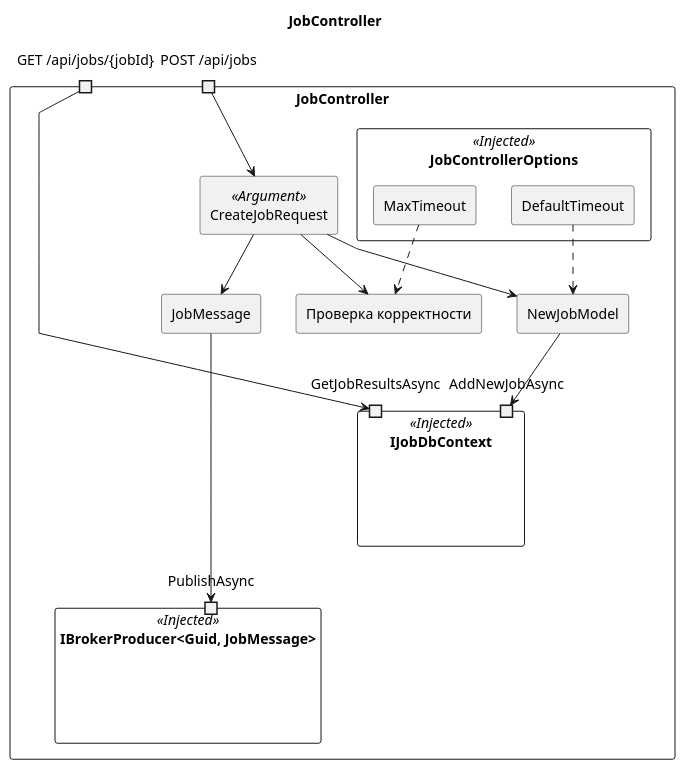
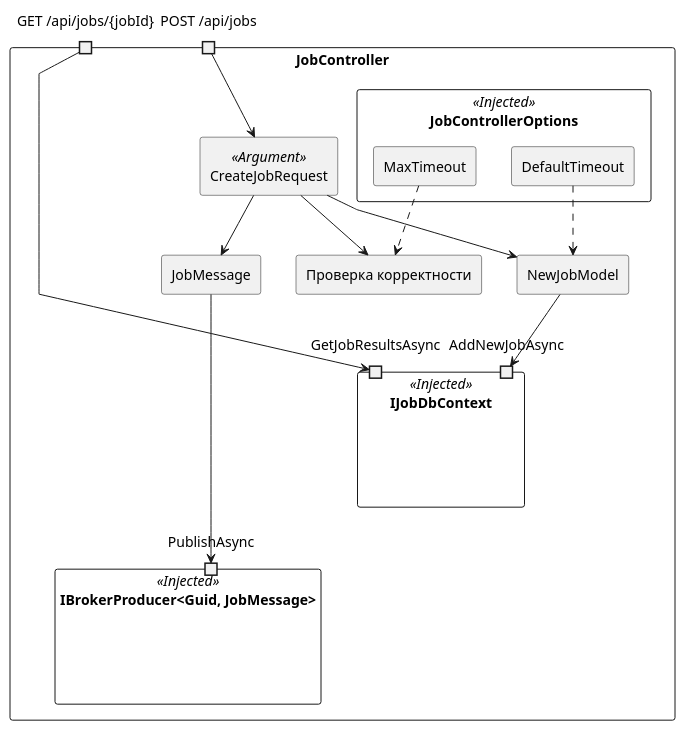
Before and after one commit to mrypdm/JobSystem: the first of 2 diagrams in docs/diagrams/structure/Job.WebApi.puml, drawn with PlantUML. The commit also changed other lines of this file and 8 other files, not shown here.

```diff
--- a/docs/diagrams/structure/Job.WebApi.puml
+++ b/docs/diagrams/structure/Job.WebApi.puml
@@ -1,42 +1,40 @@
 @startuml JobController
 skinparam componentStyle rectangle
 skinparam linetype polyline
-
-title JobController
 
 component JobController {
     component JobControllerOptions << Injected >> {
         [MaxTimeout]
         [DefaultTimeout]
     }
 
     component IJobDbContext as jobDbContext << Injected >> {
         portin AddNewJobAsync as db_AddNewJobAsync
         portin GetJobResultsAsync AS db_GetJobResultsAsync
     }
 
     component "IBrokerProducer<Guid, JobMessage>" << Injected >> {
         portin PublishAsync as broker_PublishAsync
     }
 
     [CreateJobRequest] << Argument >>
     [NewJobModel]
     [JobMessage]
 
     DefaultTimeout ..> NewJobModel
 
     portin "GET /api/jobs/{jobId}" as api_getJob
     api_getJob --> db_GetJobResultsAsync
 
     portin "POST /api/jobs" as api_createJob
     [Проверка корректности] as validate
     api_createJob --> CreateJobRequest
     CreateJobRequest --> validate
     CreateJobRequest --> NewJobModel
     CreateJobRequest --> JobMessage
     MaxTimeout ..> validate
     NewJobModel --> db_AddNewJobAsync
     JobMessage ----> broker_PublishAsync
 }
 
 @enduml
```
